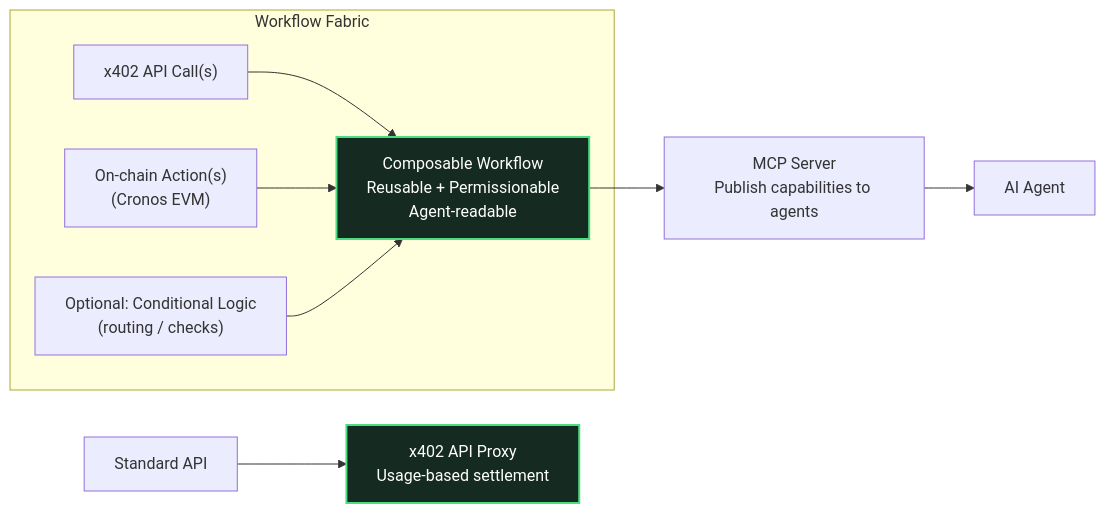
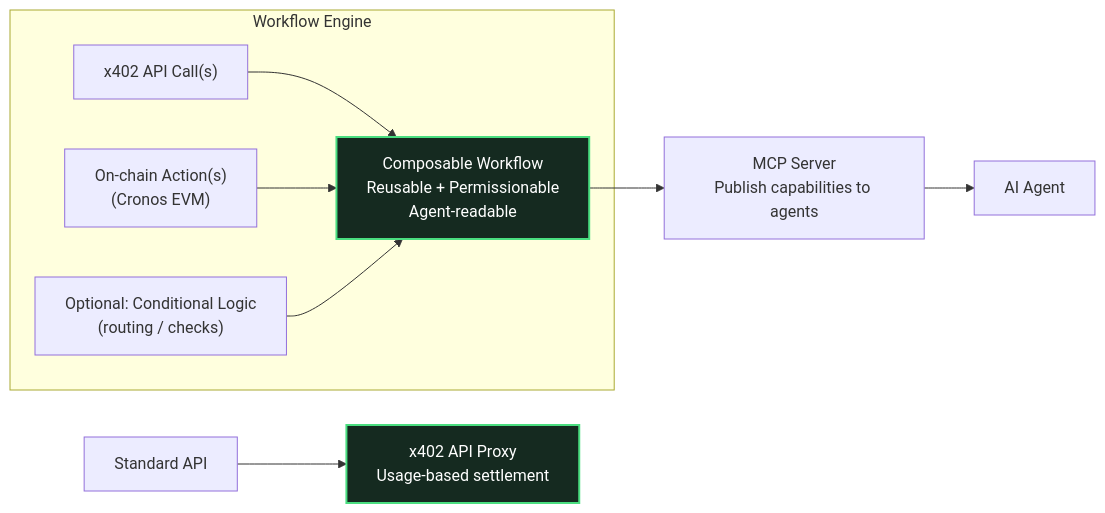
Before and after one commit to Afoxcute/mani: the third of 4 diagrams in README.md, drawn with Mermaid. The commit also changed other lines of this file and 5 other files, not shown here.

````diff
--- a/README.md
+++ b/README.md
@@ -131,15 +131,15 @@
 ```mermaid
 flowchart LR
   API["Standard API"] --> PROXY["x402 API Proxy\nUsage-based settlement"]:::good
 
-  subgraph WF["Workflow Fabric"]
+  subgraph WF["Workflow Engine"]
     A["x402 API Call(s)"] --> W["Composable Workflow\nReusable + Permissionable\nAgent-readable"]:::good
     B["On-chain Action(s)\n(Cronos EVM)"] --> W
     C["Optional: Conditional Logic\n(routing / checks)"] --> W
   end
 
   W --> MCP["MCP Server\nPublish capabilities to agents"]
   MCP --> AG["AI Agent"]
 
   classDef good fill:#152a20,stroke:#4ade80,stroke-width:2px,color:#ffffff;
 ```
````
